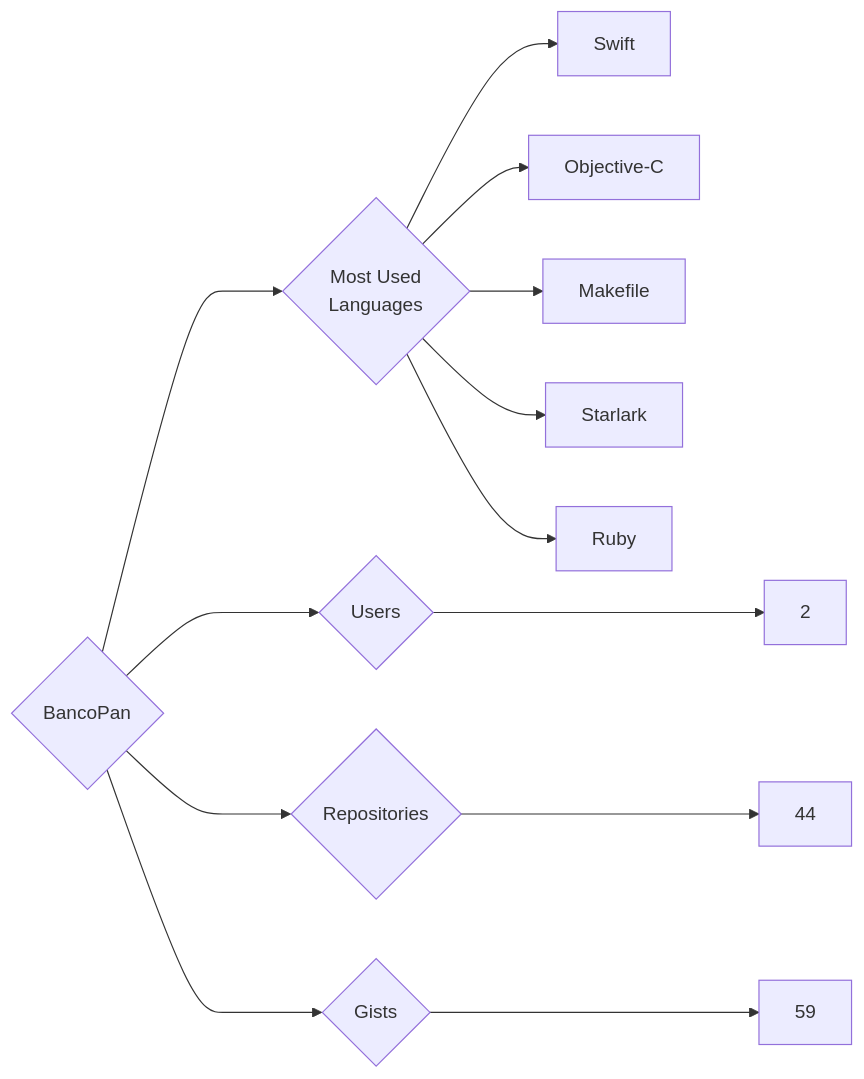
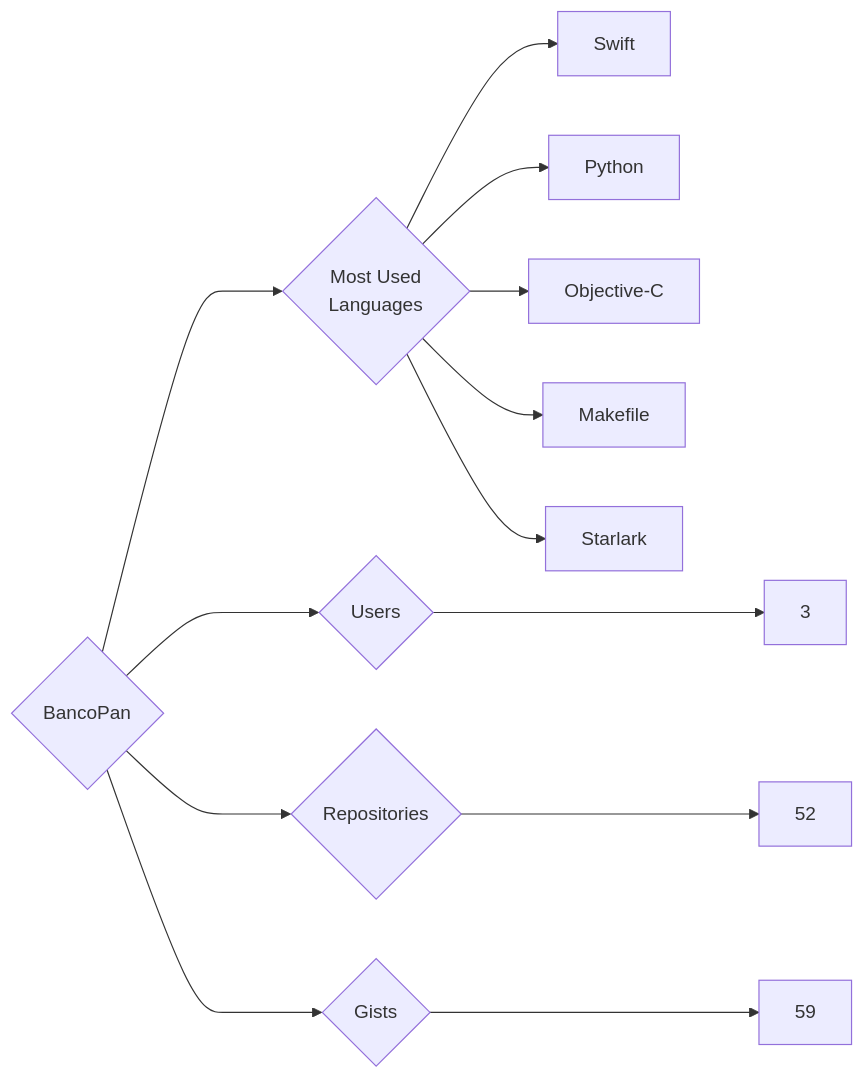
Before and after one commit to trickest/insiders: the diagram in targets/BancoPan/README.md, drawn with Mermaid. The commit also changed 840 other files, not shown here.

````diff
--- a/targets/BancoPan/README.md
+++ b/targets/BancoPan/README.md
@@ -3,13 +3,13 @@
 ```mermaid
 graph LR
 COMPANY_NAME{BancoPan}
-COMPANY_NAME ---> U{Users} ---> UN[2]
-COMPANY_NAME ---> R{Repositories} ---> RN[44]
+COMPANY_NAME ---> U{Users} ---> UN[3]
+COMPANY_NAME ---> R{Repositories} ---> RN[52]
 COMPANY_NAME ---> G{Gists} ---> GN[59]
 COMPANY_NAME ---> ML{Most Used<br>Languages}
 ML --> Swift[Swift]
+ML --> Python[Python]
 ML --> Objective-C[Objective-C]
 ML --> Makefile[Makefile]
 ML --> Starlark[Starlark]
-ML --> Ruby[Ruby]
 ```
````
